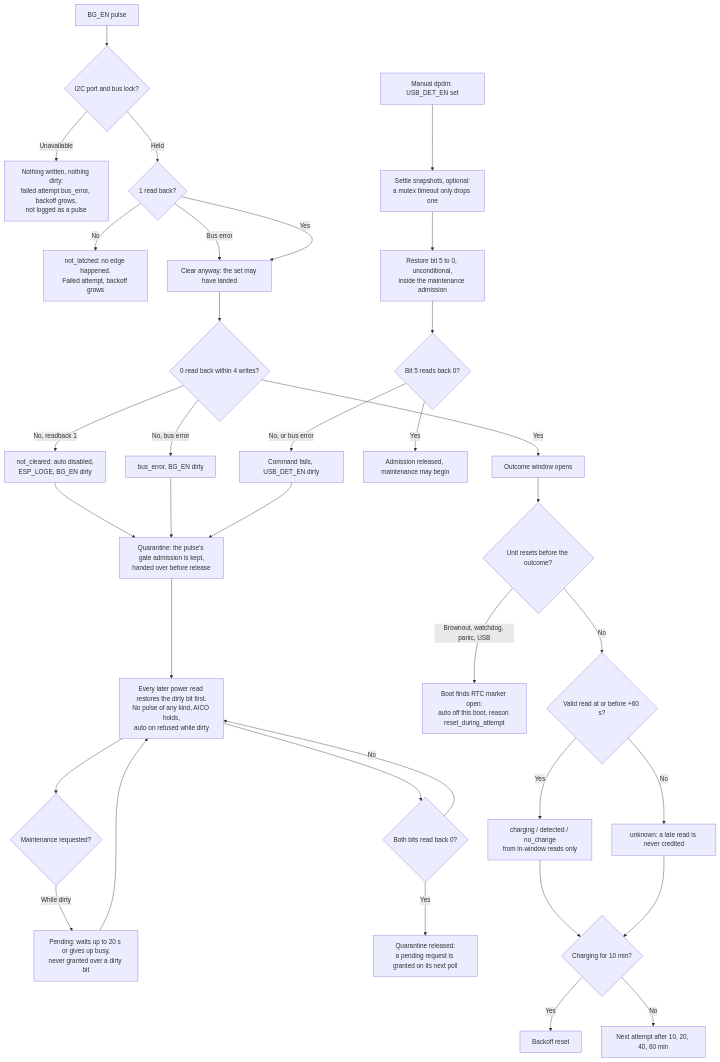
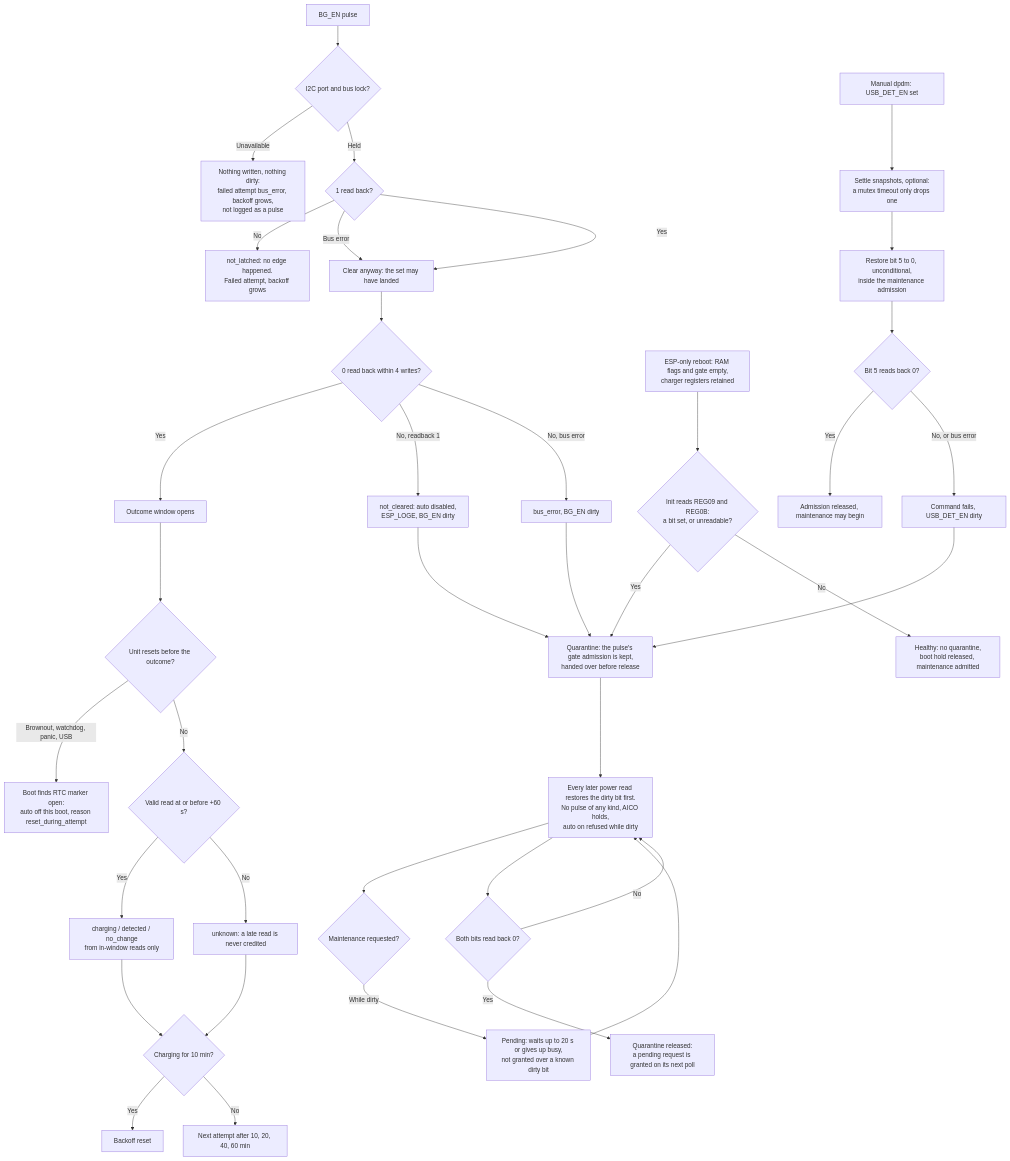
One commit to Jan-IngenHousz-Institute/ambyte-iot changed the third of 3 diagrams in docs/charger-redetect.md. Above: the diagram before and after it, drawn with Mermaid. The commit also changed other lines of this file and 2 other files, not shown here.

Commit message:
docs(charger): an ESP reboot does not recover the charger

````diff
--- a/docs/charger-redetect.md
+++ b/docs/charger-redetect.md
@@ -212,37 +236,40 @@
 ```mermaid
 flowchart TD
     A[BG_EN pulse] --> L{I2C port and bus lock?}
     L -- Unavailable --> N[Nothing written, nothing dirty:<br/>failed attempt bus_error, backoff grows,<br/>not logged as a pulse]
     L -- Held --> B{1 read back?}
     B -- No --> F1[not_latched: no edge happened.<br/>Failed attempt, backoff grows]
     B -- Bus error --> C[Clear anyway: the set may have landed]
     B -- Yes --> C
     C --> D{0 read back within 4 writes?}
     D -- Yes --> OK[Outcome window opens]
     D -- No, readback 1 --> S[not_cleared: auto disabled,<br/>ESP_LOGE, BG_EN dirty]
     D -- No, bus error --> T[bus_error, BG_EN dirty]
     S --> QH[Quarantine: the pulse's gate admission is kept,<br/>handed over before release]
     T --> QH
     QH --> R[Every later power read restores the dirty bit first.<br/>No pulse of any kind, AICO holds,<br/>auto on refused while dirty]
     R --> MQ{Maintenance requested?}
-    MQ -- While dirty --> MW[Pending: waits up to 20 s or gives up busy,<br/>never granted over a dirty bit]
+    MQ -- While dirty --> MW[Pending: waits up to 20 s or gives up busy,<br/>not granted over a known dirty bit]
     MW --> R
     R --> RC{Both bits read back 0?}
     RC -- Yes --> QR[Quarantine released:<br/>a pending request is granted on its next poll]
     RC -- No --> R
+    BOOT[ESP-only reboot: RAM flags and gate empty,<br/>charger registers retained] --> RI{Init reads REG09 and REG0B:<br/>a bit set, or unreadable?}
+    RI -- Yes --> QH
+    RI -- No --> CLEAN[Healthy: no quarantine,<br/>boot hold released, maintenance admitted]
     OK --> W{Unit resets before the outcome?}
     W -- Brownout, watchdog, panic, USB --> X[Boot finds RTC marker open:<br/>auto off this boot, reason reset_during_attempt]
     W -- No --> V{Valid read at or before +60 s?}
     V -- Yes --> Y[charging / detected / no_change<br/>from in-window reads only]
     V -- No --> U[unknown: a late read is never credited]
     Y --> Z{Charging for 10 min?}
     U --> Z
     Z -- Yes --> Q[Backoff reset]
     Z -- No --> BO[Next attempt after 10, 20, 40, 60 min]
     M[Manual dpdm: USB_DET_EN set] --> SN[Settle snapshots, optional:<br/>a mutex timeout only drops one]
     SN --> RS[Restore bit 5 to 0, unconditional,<br/>inside the maintenance admission]
     RS --> RV{Bit 5 reads back 0?}
     RV -- Yes --> MOK[Admission released, maintenance may begin]
     RV -- No, or bus error --> MD[Command fails, USB_DET_EN dirty]
     MD --> QH
 ```
````
